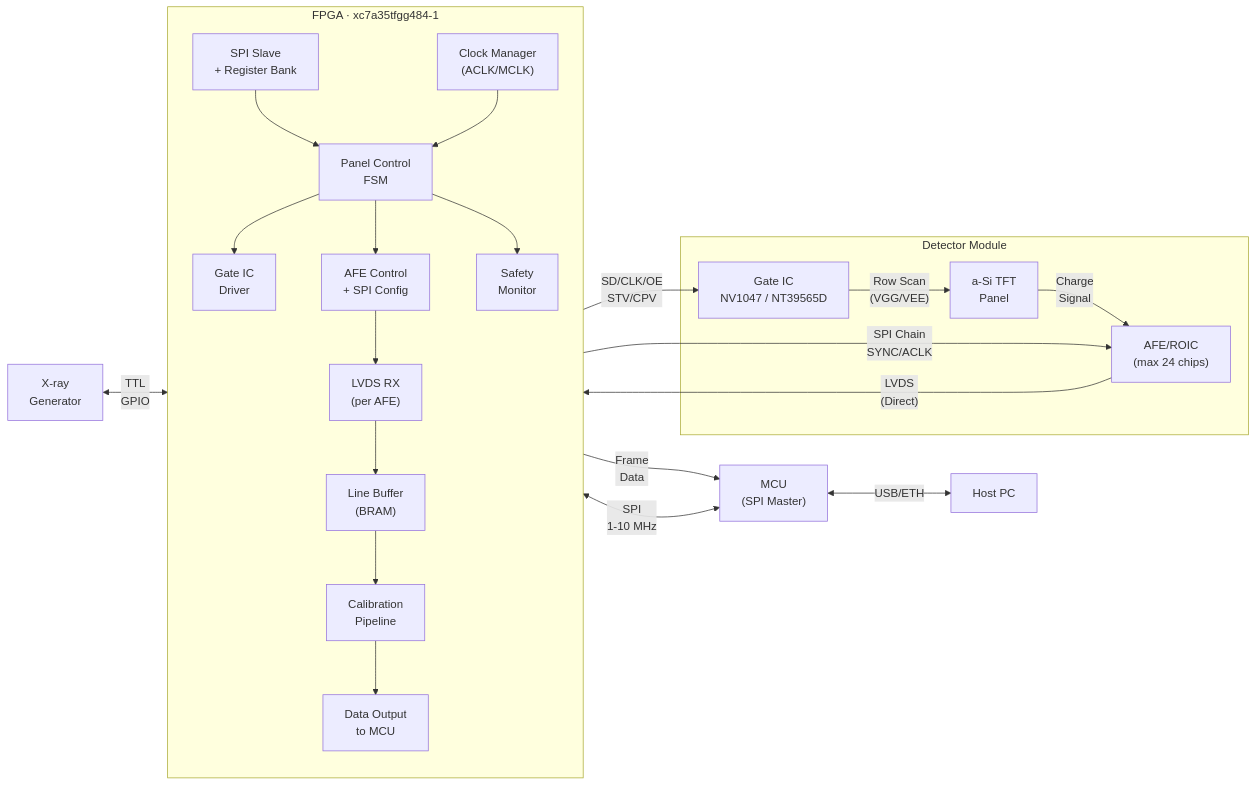
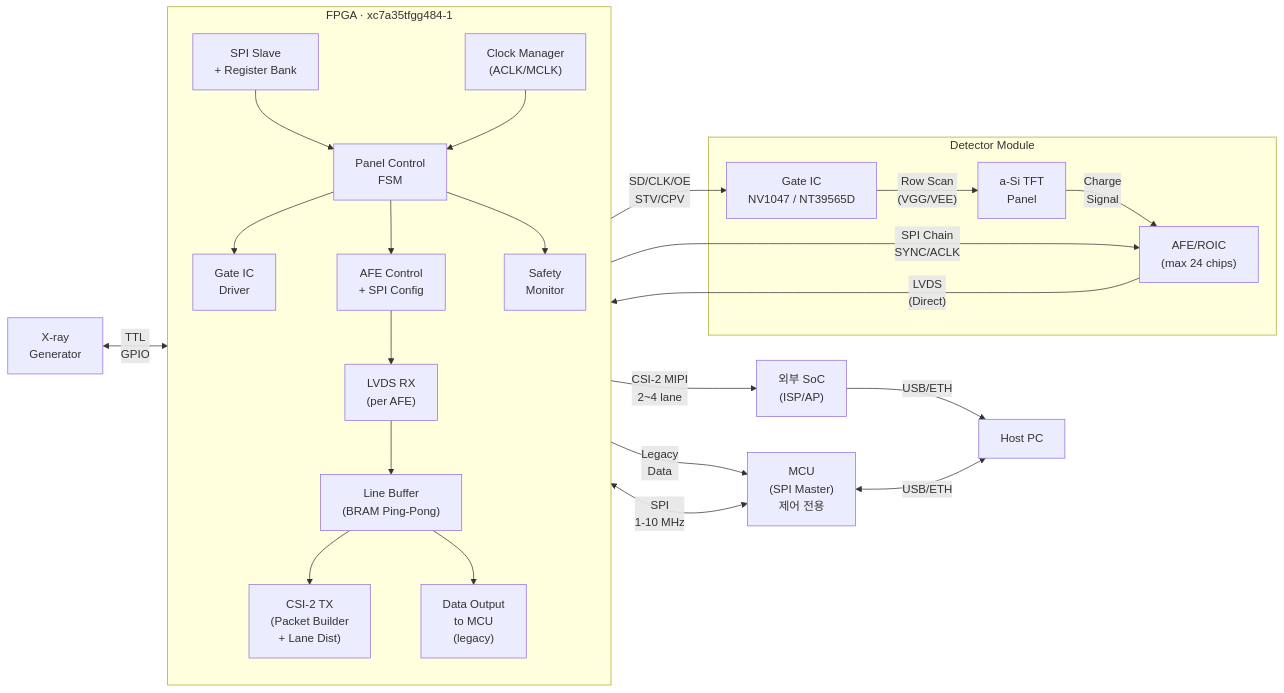
Before and after one commit to holee9/panel-operation: the first of 6 diagrams in README.md, drawn with Mermaid. The commit also changed other lines of this file and 6 other files, not shown here.

````diff
--- a/README.md
+++ b/README.md
@@ -15,47 +18,50 @@
 ```mermaid
 flowchart LR
     GEN["X-ray\nGenerator"]
-    MCU["MCU\n(SPI Master)"]
+    MCU["MCU\n(SPI Master)\n제어 전용"]
     PC["Host PC"]
+    SOC["외부 SoC\n(ISP/AP)"]
 
     subgraph FPGA["FPGA  ·  xc7a35tfgg484-1"]
         direction TB
         A1["SPI Slave\n+ Register Bank"]
         A2["Clock Manager\n(ACLK/MCLK)"]
         A3["Panel Control\nFSM"]
         A4["Gate IC\nDriver"]
         A5["AFE Control\n+ SPI Config"]
         A6["LVDS RX\n(per AFE)"]
-        A7["Line Buffer\n(BRAM)"]
-        A8["Calibration\nPipeline"]
-        A9["Data Output\nto MCU"]
+        A7["Line Buffer\n(BRAM Ping-Pong)"]
+        A8["CSI-2 TX\n(Packet Builder\n+ Lane Dist)"]
+        A9["Data Output\nto MCU\n(legacy)"]
         A10["Safety\nMonitor"]
 
         A1 --> A3
         A2 --> A3
         A3 --> A4
         A3 --> A5
         A5 --> A6
         A6 --> A7
         A7 --> A8
-        A8 --> A9
+        A7 --> A9
         A3 --> A10
     end
 
     subgraph DETECTOR["Detector Module"]
         GATE["Gate IC\nNV1047 / NT39565D"]
         PANEL["a-Si TFT\nPanel"]
         AFE["AFE/ROIC\n(max 24 chips)"]
 
         GATE -->|"Row Scan\n(VGG/VEE)"| PANEL
         PANEL -->|"Charge\nSignal"| AFE
     end
 
     MCU <-->|"SPI\n1-10 MHz"| A1
-    A9 -->|"Frame\nData"| MCU
+    A9 -->|"Legacy\nData"| MCU
+    A8 -->|"CSI-2 MIPI\n2~4 lane"| SOC
+    SOC -->|"USB/ETH"| PC
     MCU <-->|"USB/ETH"| PC
     GEN <-->|"TTL\nGPIO"| A3
     A4 -->|"SD/CLK/OE\nSTV/CPV"| GATE
     A5 -->|"SPI Chain\nSYNC/ACLK"| AFE
     AFE -->|"LVDS\n(Direct)"| A6
 ```
````
